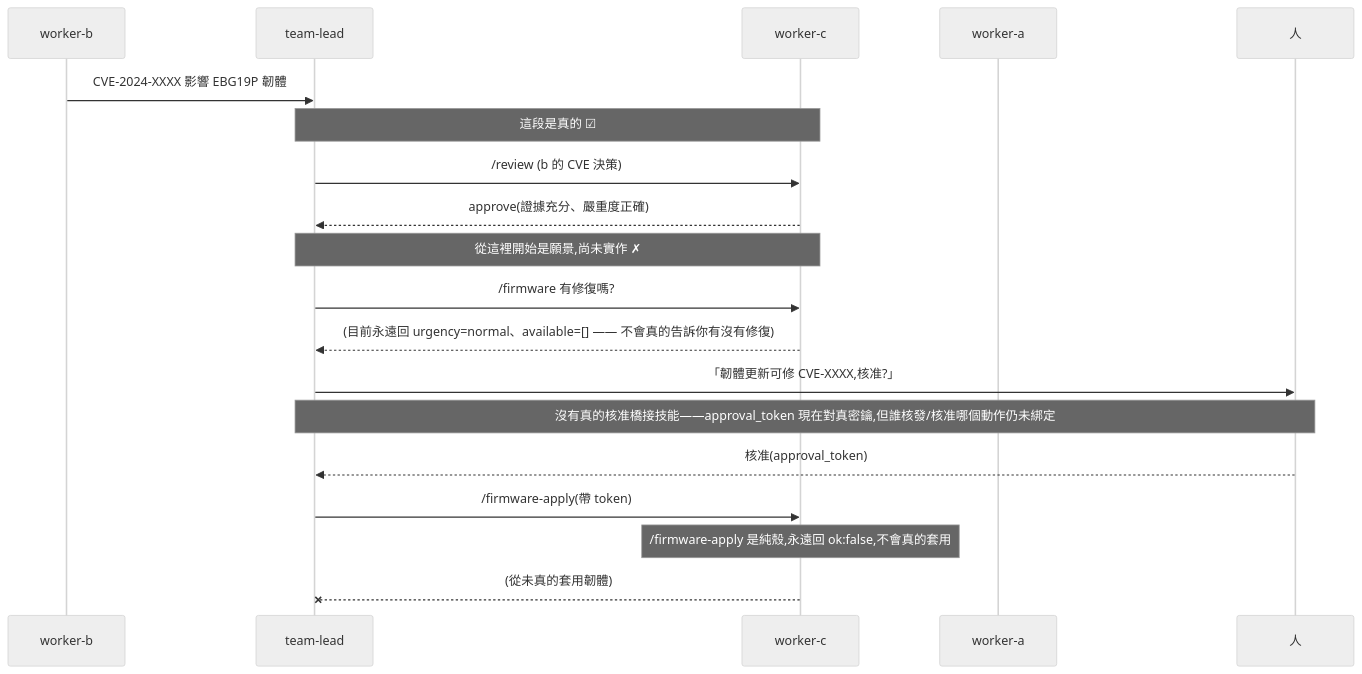
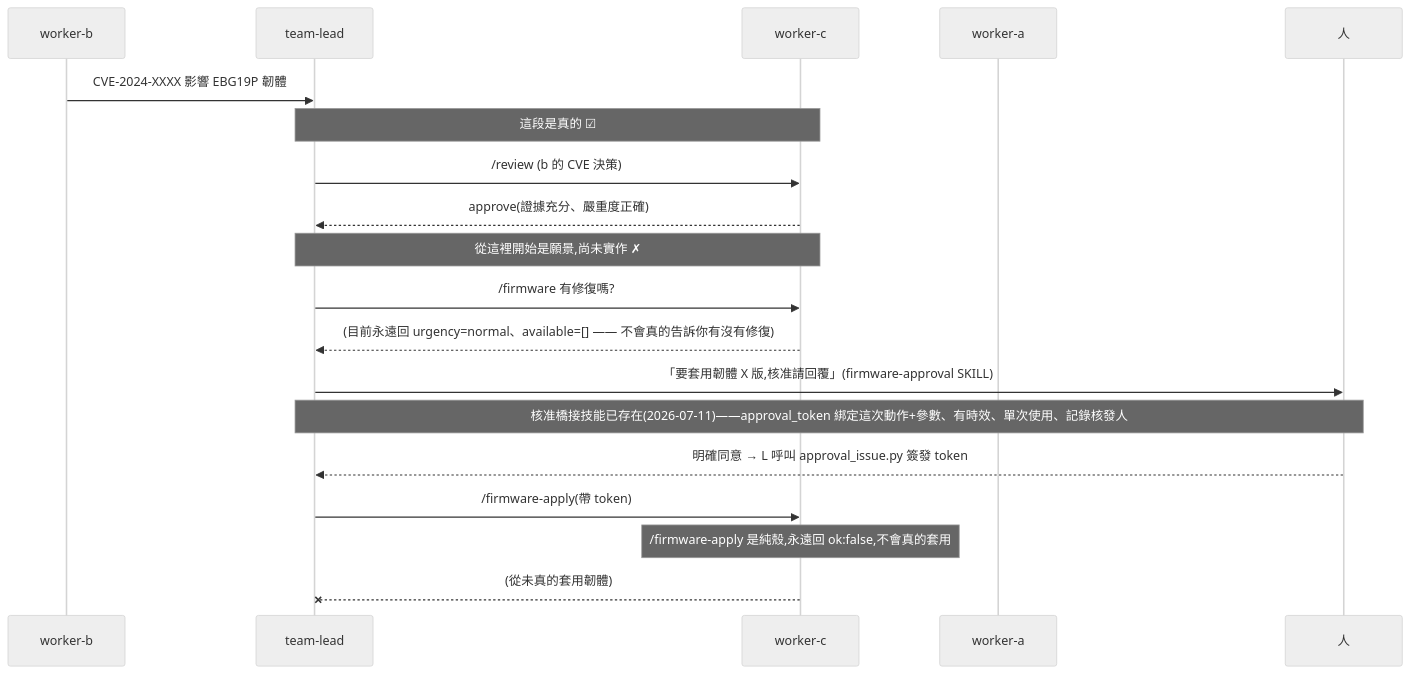
The second of 2 diagrams in docs/design/worker-c-spec.md (tonyandclaw/nemofleet), drawn with Mermaid (neutral theme) before and after one commit. The commit also changed other lines of this file and 12 other files, not shown here.

First line of the commit message:
worker-c: real per-action human-approval tokens (rollback/firmware-apply)

````diff
--- a/docs/design/worker-c-spec.md
+++ b/docs/design/worker-c-spec.md
@@ -232,21 +242,21 @@
 ```mermaid
 sequenceDiagram
   participant B as worker-b
   participant L as team-lead
   participant C as worker-c
   participant A as worker-a
   participant H as 人
   B->>L: CVE-2024-XXXX 影響 EBG19P 韌體
   Note over L,C: 這段是真的 ☑
   L->>C: /review (b 的 CVE 決策)
   C-->>L: approve(證據充分、嚴重度正確)
   Note over L,C: 從這裡開始是願景,尚未實作 ✗
   L->>C: /firmware 有修復嗎?
   C-->>L: (目前永遠回 urgency=normal、available=[] —— 不會真的告訴你有沒有修復)
-  L->>H: 「韌體更新可修 CVE-XXXX,核准?」
-  Note over L,H: 沒有真的核准橋接技能——approval_token 現在對真密鑰,但誰核發/核准哪個動作仍未綁定
-  H-->>L: 核准(approval_token)
+  L->>H: 「要套用韌體 X 版,核准請回覆」(firmware-approval SKILL)
+  Note over L,H: 核准橋接技能已存在(2026-07-11)——approval_token 綁定這次動作+參數、有時效、單次使用、記錄核發人
+  H-->>L: 明確同意 → L 呼叫 approval_issue.py 簽發 token
   L->>C: /firmware-apply(帶 token)
   Note over C: /firmware-apply 是純殼,永遠回 ok:false,不會真的套用
   C--xL: (從未真的套用韌體)
 ```
````
